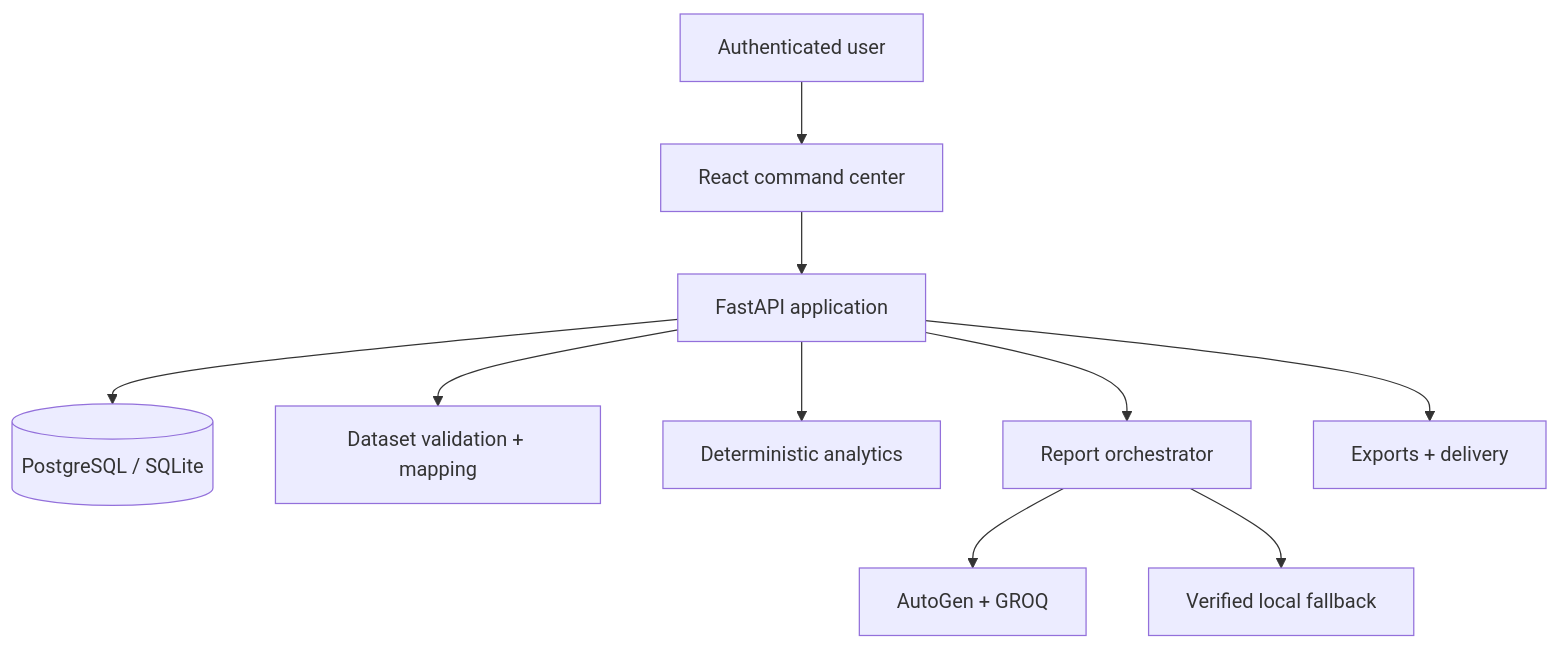
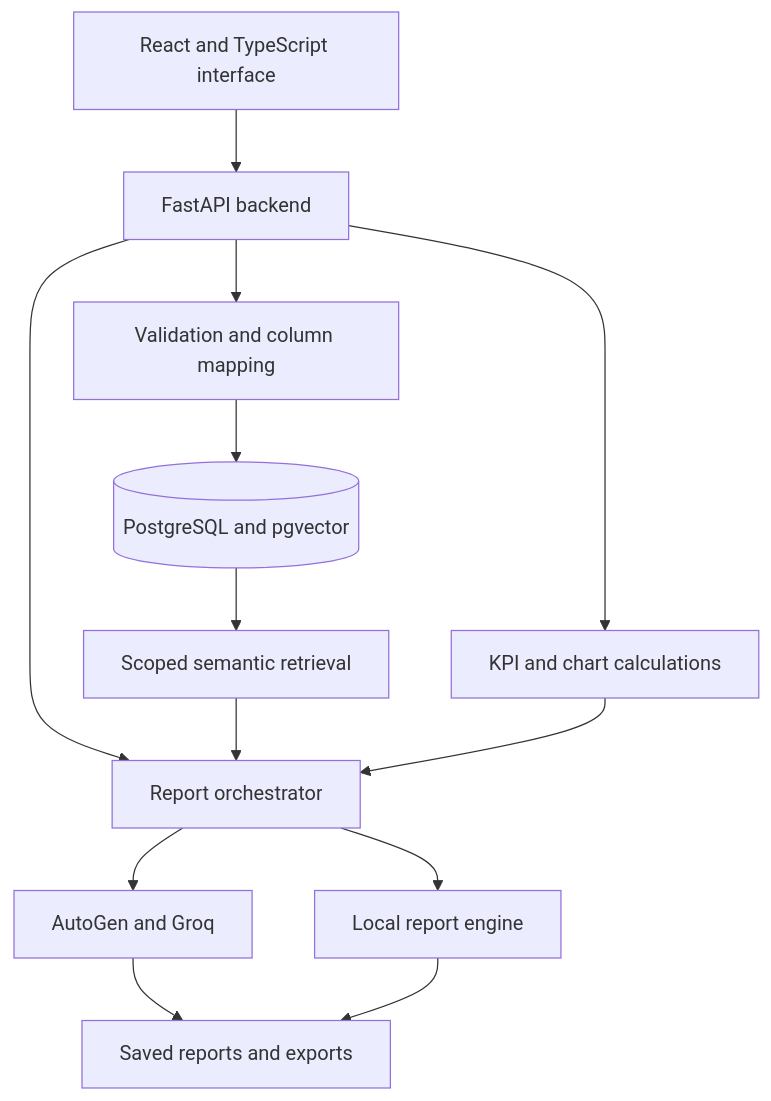
One commit to ayushaks9990/ReporT_New changed the second of 2 diagrams in README.md. Above: the diagram before and after it, drawn with Mermaid. The commit also changed other lines of this file, not shown here.

````diff
--- a/README.md
+++ b/README.md
@@ -165,12 +117,15 @@
-~~~mermaid
+```mermaid
 flowchart TD
-    U["Authenticated user"] --> UI["React command center"]
-    UI --> API["FastAPI application"]
-    API --> DB[("PostgreSQL / SQLite")]
-    API --> DS["Dataset validation + mapping"]
-    API --> AN["Deterministic analytics"]
-    API --> RE["Report orchestrator"]
-    RE --> AG["AutoGen + GROQ"]
-    RE --> LF["Verified local fallback"]
-    API --> EX["Exports + delivery"]
-~~~
+    UI["React and TypeScript interface"] --> API["FastAPI backend"]
+    API --> DATA["Validation and column mapping"]
+    API --> MET["KPI and chart calculations"]
+    API --> REP["Report orchestrator"]
+    DATA --> DB[("PostgreSQL and pgvector")]
+    DB --> RAG["Scoped semantic retrieval"]
+    RAG --> REP
+    MET --> REP
+    REP --> AI["AutoGen and Groq"]
+    REP --> LOCAL["Local report engine"]
+    AI --> OUT["Saved reports and exports"]
+    LOCAL --> OUT
+```
````
